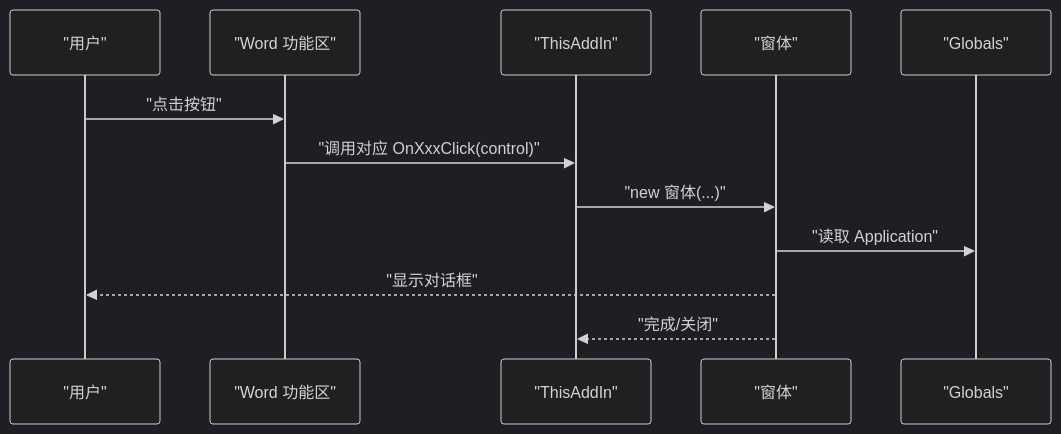
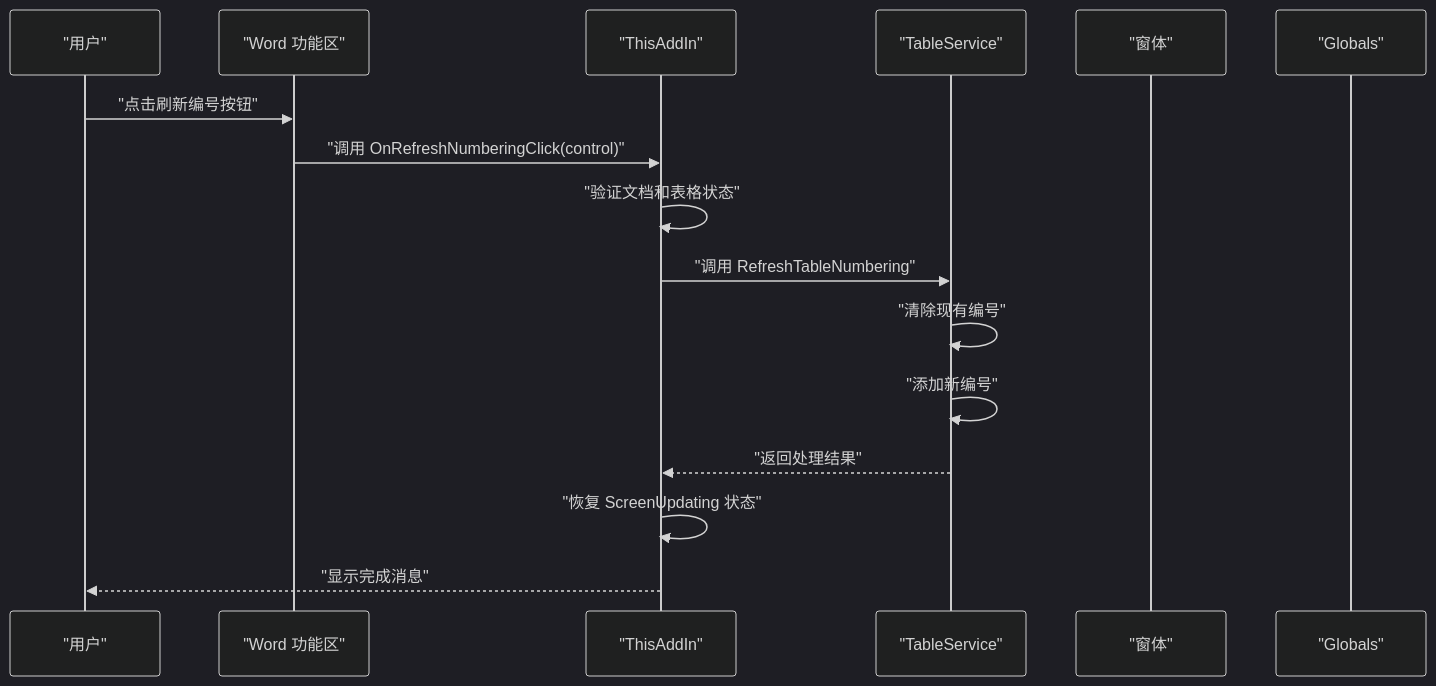
Before and after one commit to rainiva/WordTools: the sixth of 7 diagrams in .qoder/repowiki/zh/content/架构设计/插件入口点.md, drawn with Mermaid (dark theme). The commit also changed other lines of this file and 12 other files, not shown here.

````diff
--- a/.qoder/repowiki/zh/content/架构设计/插件入口点.md
+++ b/.qoder/repowiki/zh/content/架构设计/插件入口点.md
@@ -270,14 +327,18 @@
 ```mermaid
 sequenceDiagram
 participant User as "用户"
 participant Word as "Word 功能区"
 participant AddIn as "ThisAddIn"
+participant TableService as "TableService"
 participant Form as "窗体"
 participant Globals as "Globals"
-User->>Word : "点击按钮"
-Word->>AddIn : "调用对应 OnXxxClick(control)"
-AddIn->>Form : "new 窗体(...)"
-Form->>Globals : "读取 Application"
-Form-->>User : "显示对话框"
-Form-->>AddIn : "完成/关闭"
+User->>Word : "点击刷新编号按钮"
+Word->>AddIn : "调用 OnRefreshNumberingClick(control)"
+AddIn->>AddIn : "验证文档和表格状态"
+AddIn->>TableService : "调用 RefreshTableNumbering"
+TableService->>TableService : "清除现有编号"
+TableService->>TableService : "添加新编号"
+TableService-->>AddIn : "返回处理结果"
+AddIn->>AddIn : "恢复 ScreenUpdating 状态"
+AddIn-->>User : "显示完成消息"
 ```
````
